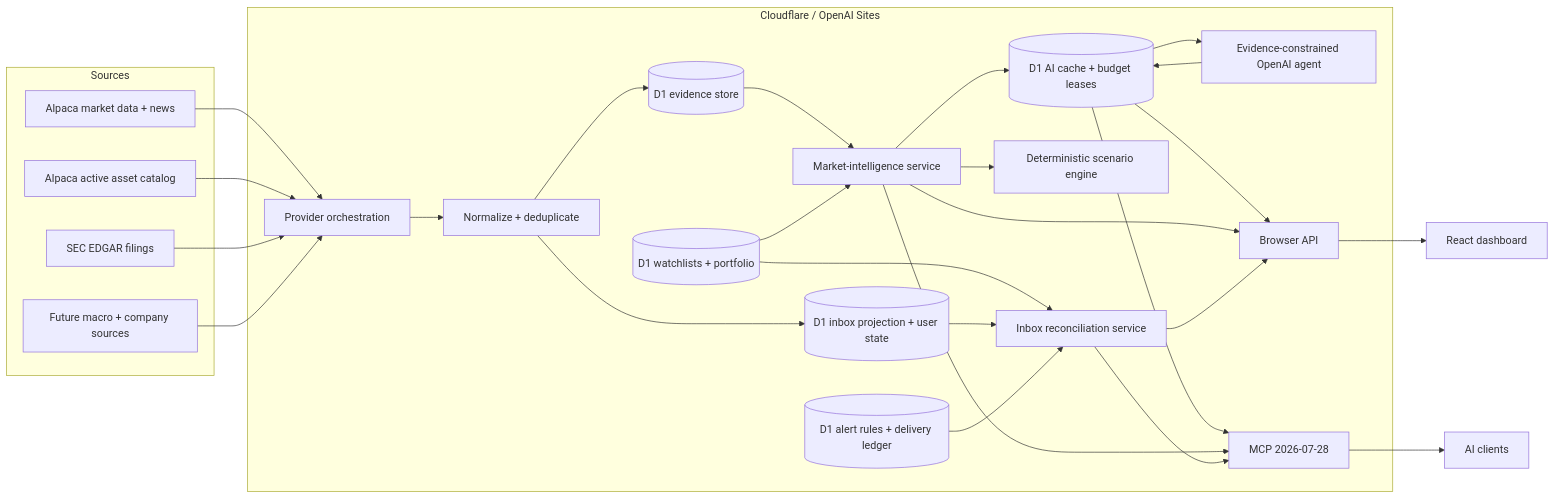
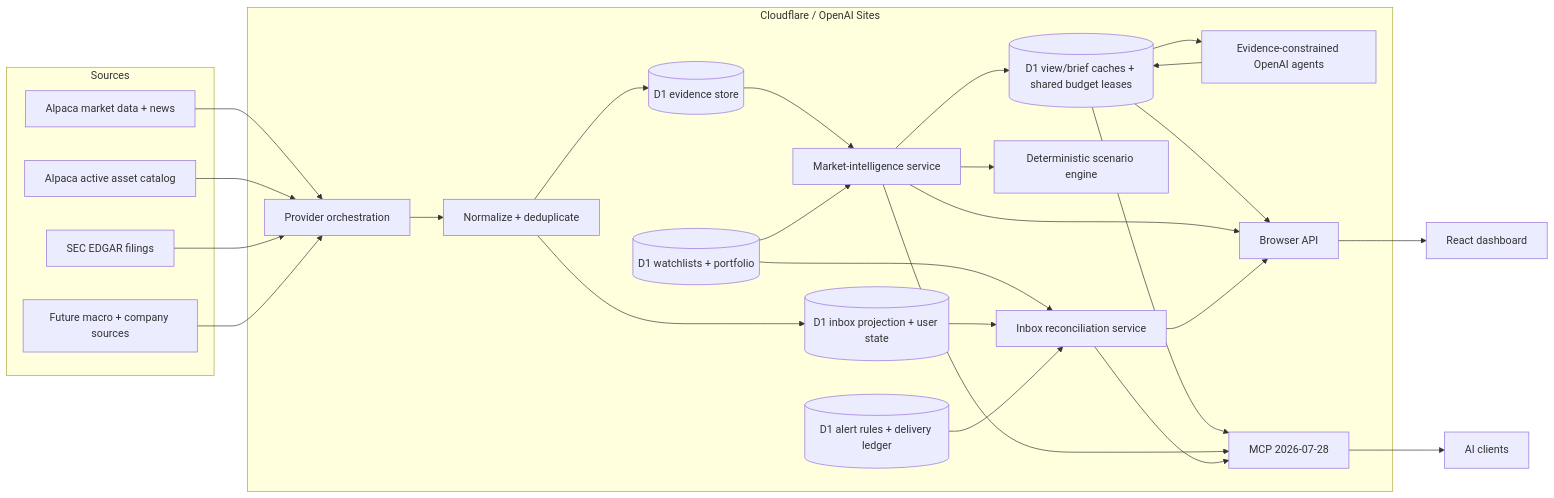
The diagram in docs/architecture.md (jonxsong/Omnigaze), drawn with Mermaid before and after one commit. The commit also changed other lines of this file and 39 other files, not shown here.

````diff
--- a/docs/architecture.md
+++ b/docs/architecture.md
@@ -5,50 +5,50 @@
 ```mermaid
 flowchart LR
   subgraph Sources
     Alpaca[Alpaca market data + news]
     Assets[Alpaca active asset catalog]
     SEC[SEC EDGAR filings]
     Future[Future macro + company sources]
   end
 
   subgraph Edge[Cloudflare / OpenAI Sites]
     Ingest[Provider orchestration]
     Normalize[Normalize + deduplicate]
     D1[(D1 evidence store)]
     Portfolio[(D1 watchlists + portfolio)]
     Inbox[(D1 inbox projection + user state)]
     Alerts[(D1 alert rules + delivery ledger)]
     Domain[Market-intelligence service]
     InboxService[Inbox reconciliation service]
     Scenarios[Deterministic scenario engine]
-    AIGuard[(D1 AI cache + budget leases)]
-    Agent[Evidence-constrained OpenAI agent]
+    AIGuard[(D1 view/brief caches + shared budget leases)]
+    Agent[Evidence-constrained OpenAI agents]
     API[Browser API]
     MCP[MCP 2026-07-28]
   end
 
   UI[React dashboard]
   Clients[AI clients]
 
   Alpaca --> Ingest
   Assets --> Ingest
   SEC --> Ingest
   Future --> Ingest
   Ingest --> Normalize --> D1
   Normalize --> Inbox
   Portfolio --> InboxService
   Inbox --> InboxService
   Alerts --> InboxService
   D1 --> Domain
   Portfolio --> Domain
   Domain --> Scenarios
   Domain --> AIGuard
   AIGuard --> Agent
   Agent --> AIGuard
   AIGuard --> API
   AIGuard --> MCP
   Domain --> API --> UI
   InboxService --> API
   Domain --> MCP --> Clients
   InboxService --> MCP
 ```
````
